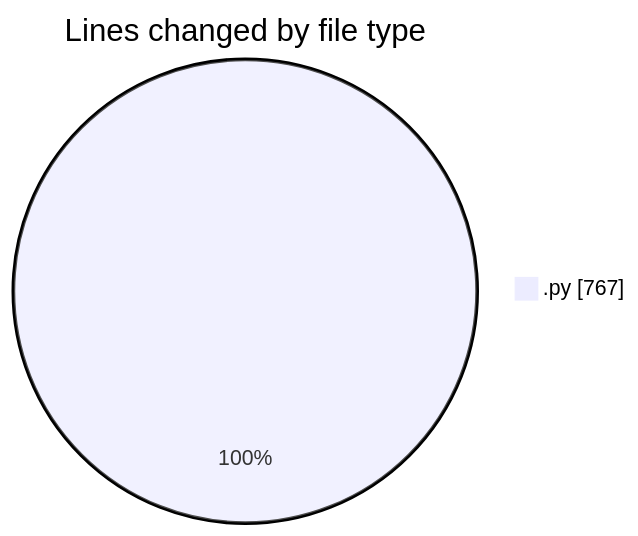
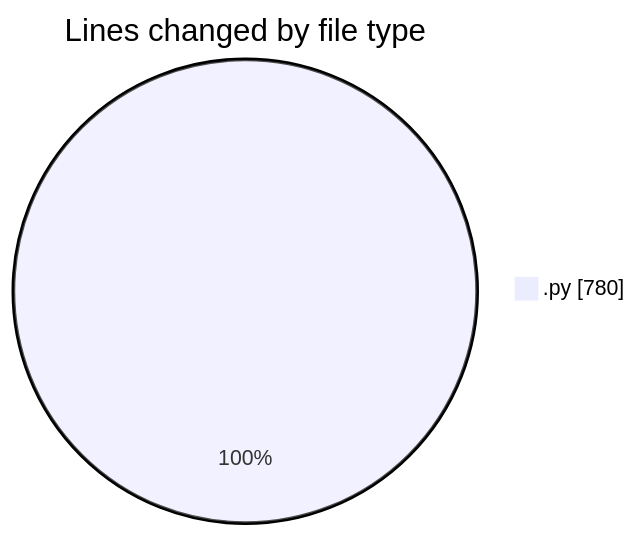
The first of 2 diagrams in 2025-10-22/eventscop-api-guide__workspace_/README.md (julien-gomy/code-tracking), drawn with Mermaid before and after one commit. The commit also changed other lines of this file and 1 other file, not shown here.

````diff
--- a/2025-10-22/eventscop-api-guide__workspace_/README.md
+++ b/2025-10-22/eventscop-api-guide__workspace_/README.md
@@ -34,5 +35,5 @@
 ```mermaid
 pie showData
 title Lines changed by file type
-".py" : 767
+".py" : 780
 ```
````
